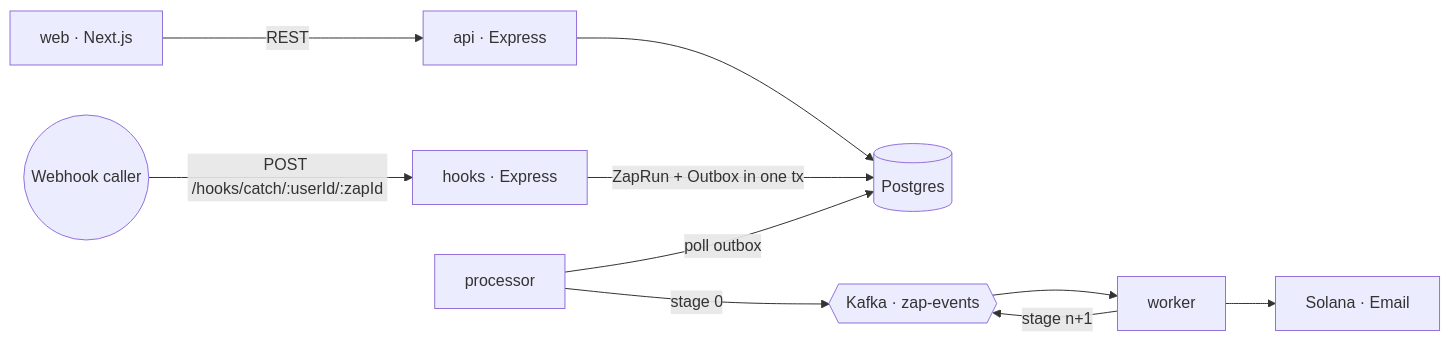
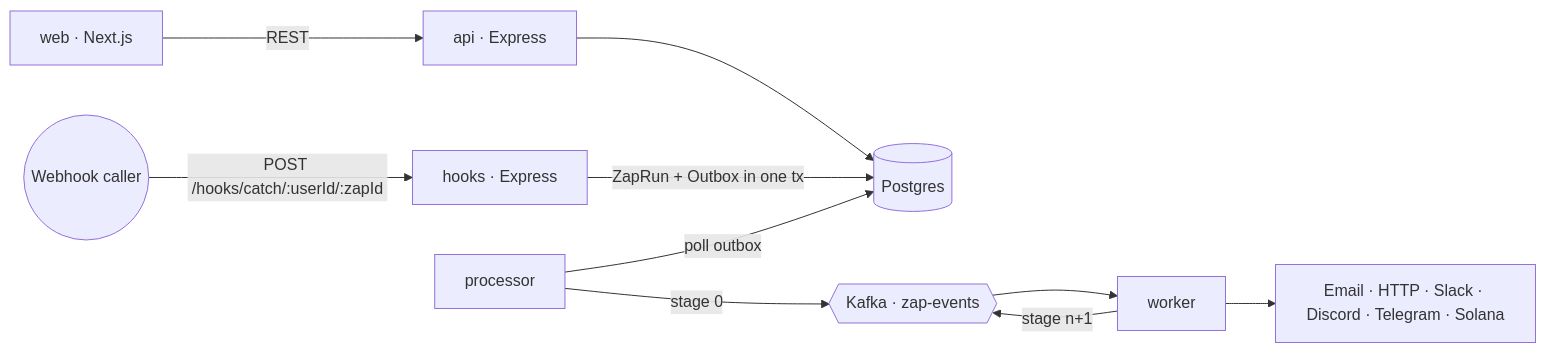
Before and after one commit to bixl007/Integrix: the diagram in README.md, drawn with Mermaid. The commit also changed other lines of this file and 36 other files, not shown here.

First line of the commit message:
feat: HTTP, Slack, Discord and Telegram connectors with secret fields

````diff
--- a/README.md
+++ b/README.md
@@ -9,12 +9,12 @@
 ```mermaid
 flowchart LR
   Web[web · Next.js] -->|REST| API[api · Express]
   Caller((Webhook caller)) -->|POST /hooks/catch/:userId/:zapId| Hooks[hooks · Express]
   API --> DB[(Postgres)]
   Hooks -->|ZapRun + Outbox in one tx| DB
   Processor[processor] -->|poll outbox| DB
   Processor -->|stage 0| Kafka{{Kafka · zap-events}}
   Kafka --> Worker[worker]
   Worker -->|stage n+1| Kafka
-  Worker --> Actions[Solana · Email]
+  Worker --> Actions[Email · HTTP · Slack · Discord · Telegram · Solana]
 ```
````
